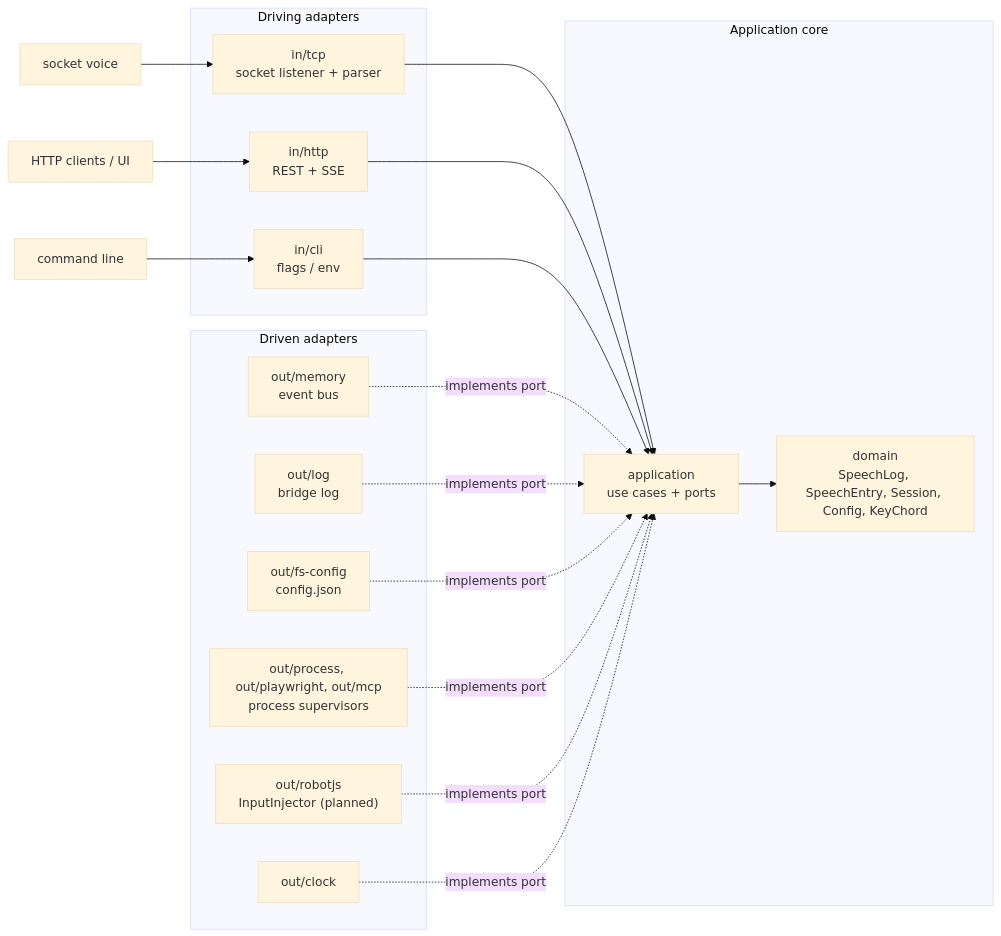
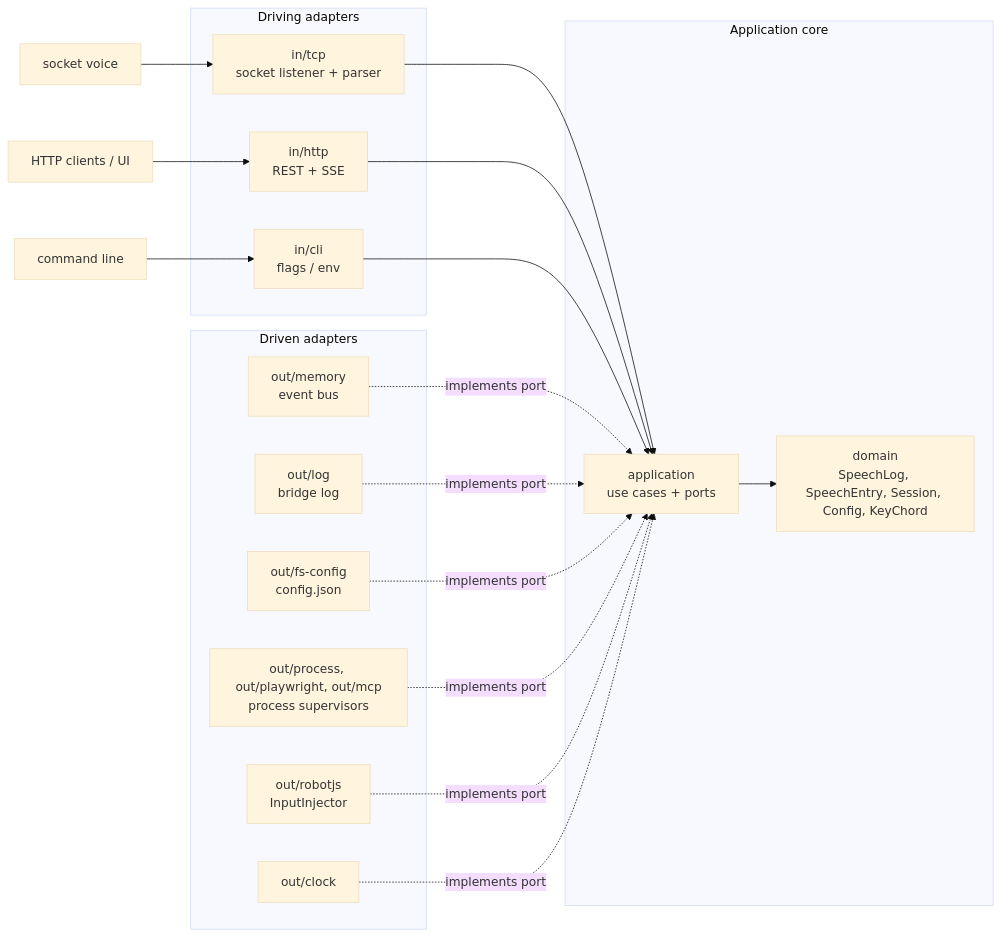
One commit to TimoSto/screenreader-speech-capture changed the diagram in docs/implementation/architecture.md. Above: the diagram before and after it, drawn with Mermaid (base theme). The commit also changed other lines of this file and 73 other files, not shown here.

````diff
--- a/docs/implementation/architecture.md
+++ b/docs/implementation/architecture.md
@@ -27,38 +27,38 @@
 ```mermaid
 flowchart LR
     subgraph IN["Driving adapters"]
         TCP["in/tcp<br/>socket listener + parser"]
         HTTP["in/http<br/>REST + SSE"]
         CLI["in/cli<br/>flags / env"]
     end
 
     subgraph CORE["Application core"]
         APP["application<br/>use cases + ports"]
         DOM["domain<br/>SpeechLog, SpeechEntry, Session, Config, KeyChord"]
         APP --> DOM
     end
 
     subgraph OUT["Driven adapters"]
         MEM["out/memory<br/>event bus"]
         CFG["out/fs-config<br/>config.json"]
         SUP["out/process, out/playwright, out/mcp<br/>process supervisors"]
-        ROBOT["out/robotjs<br/>InputInjector (planned)"]
+        ROBOT["out/robotjs<br/>InputInjector"]
         LOG["out/log<br/>bridge log"]
         CLK["out/clock"]
     end
 
     Voice["socket voice"] --> TCP
     Client["HTTP clients / UI"] --> HTTP
     User["command line"] --> CLI
 
     TCP --> APP
     HTTP --> APP
     CLI --> APP
 
     MEM -. implements port .-> APP
     LOG -. implements port .-> APP
     CFG -. implements port .-> APP
     SUP -. implements port .-> APP
     ROBOT -. implements port .-> APP
     CLK -. implements port .-> APP
 ```
````
